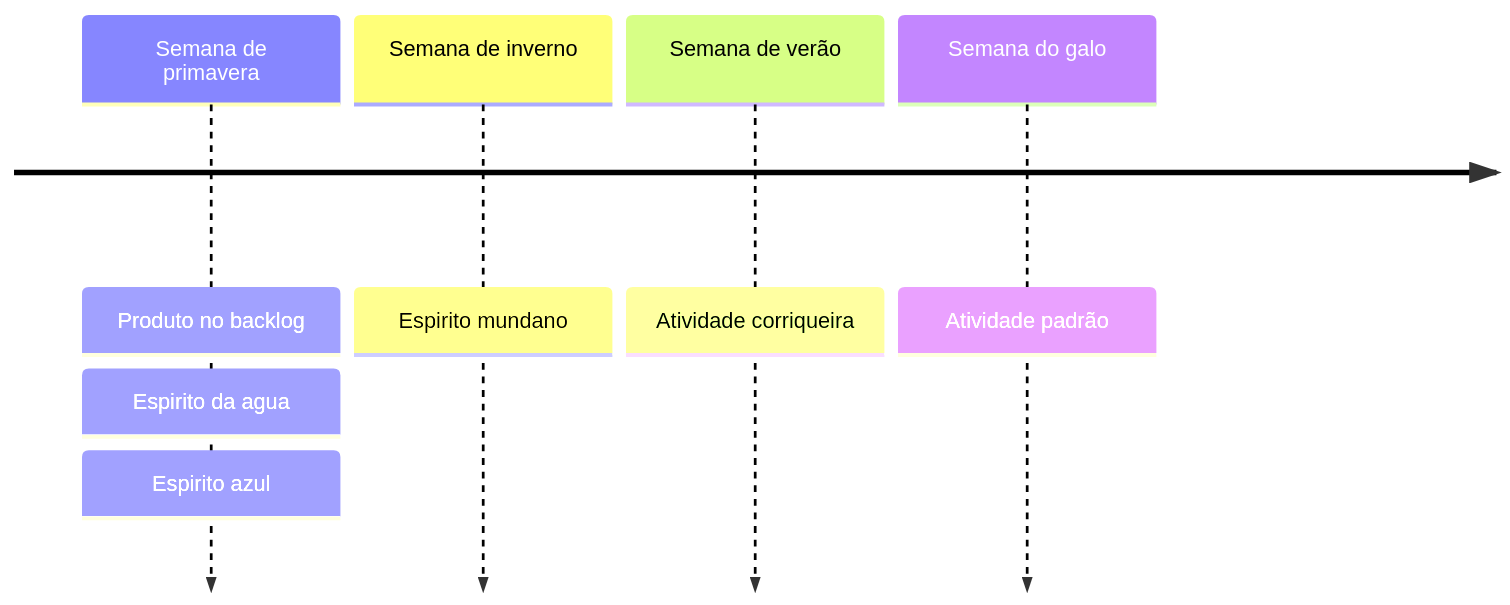
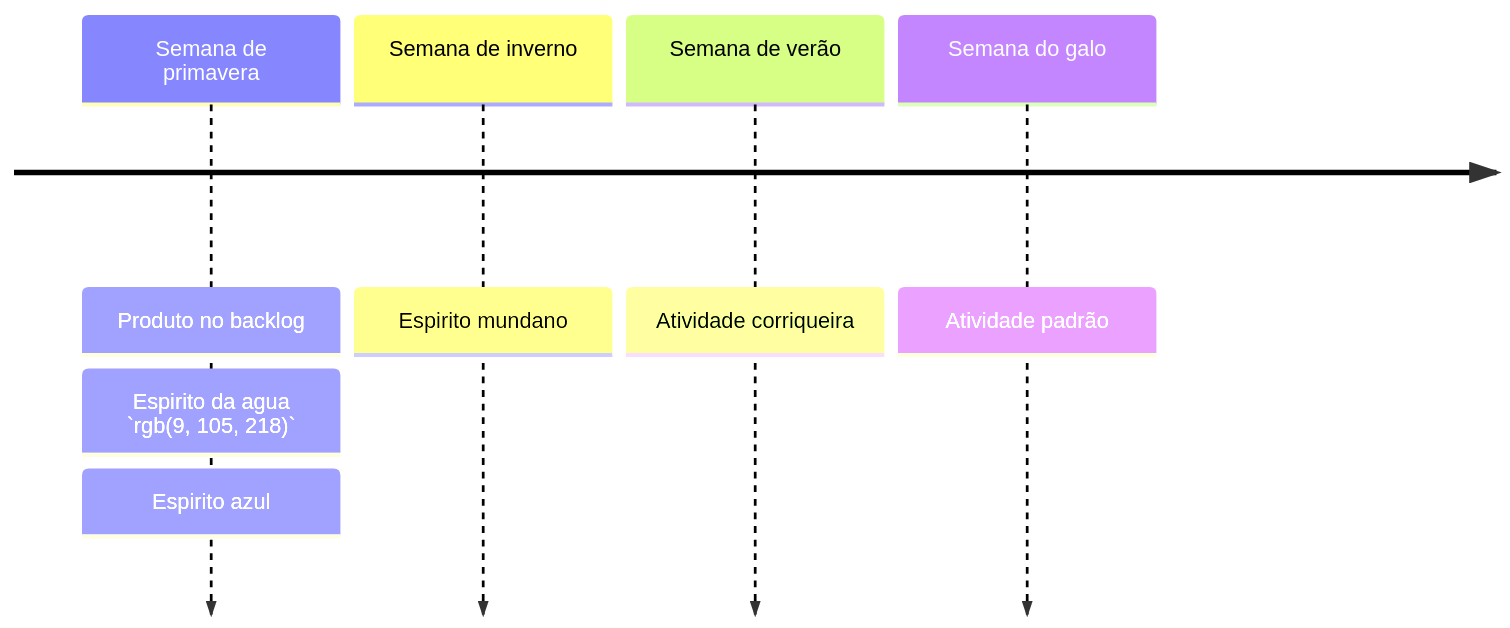
One commit to rhaeldms/repoposs changed the second of 2 diagrams in README.md. Above: the diagram before and after it, drawn with Mermaid.

````diff
--- a/README.md
+++ b/README.md
@@ -20,9 +20,9 @@
 ```mermaid
 timeline
         Semana de primavera : Produto no backlog
-                            : Espirito da agua
+                            : Espirito da agua `rgb(9, 105, 218)`
                             : Espirito azul
         Semana de inverno   : Espirito mundano
         Semana de verão     : Atividade corriqueira
         Semana do galo      : Atividade padrão
 ```
````
